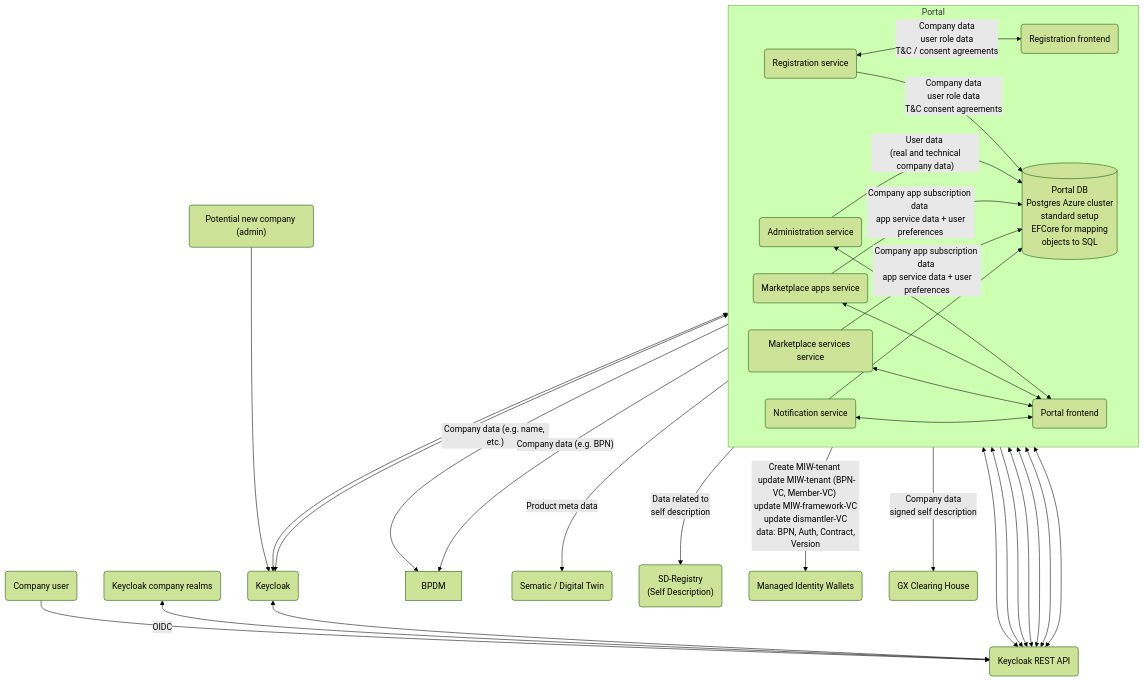
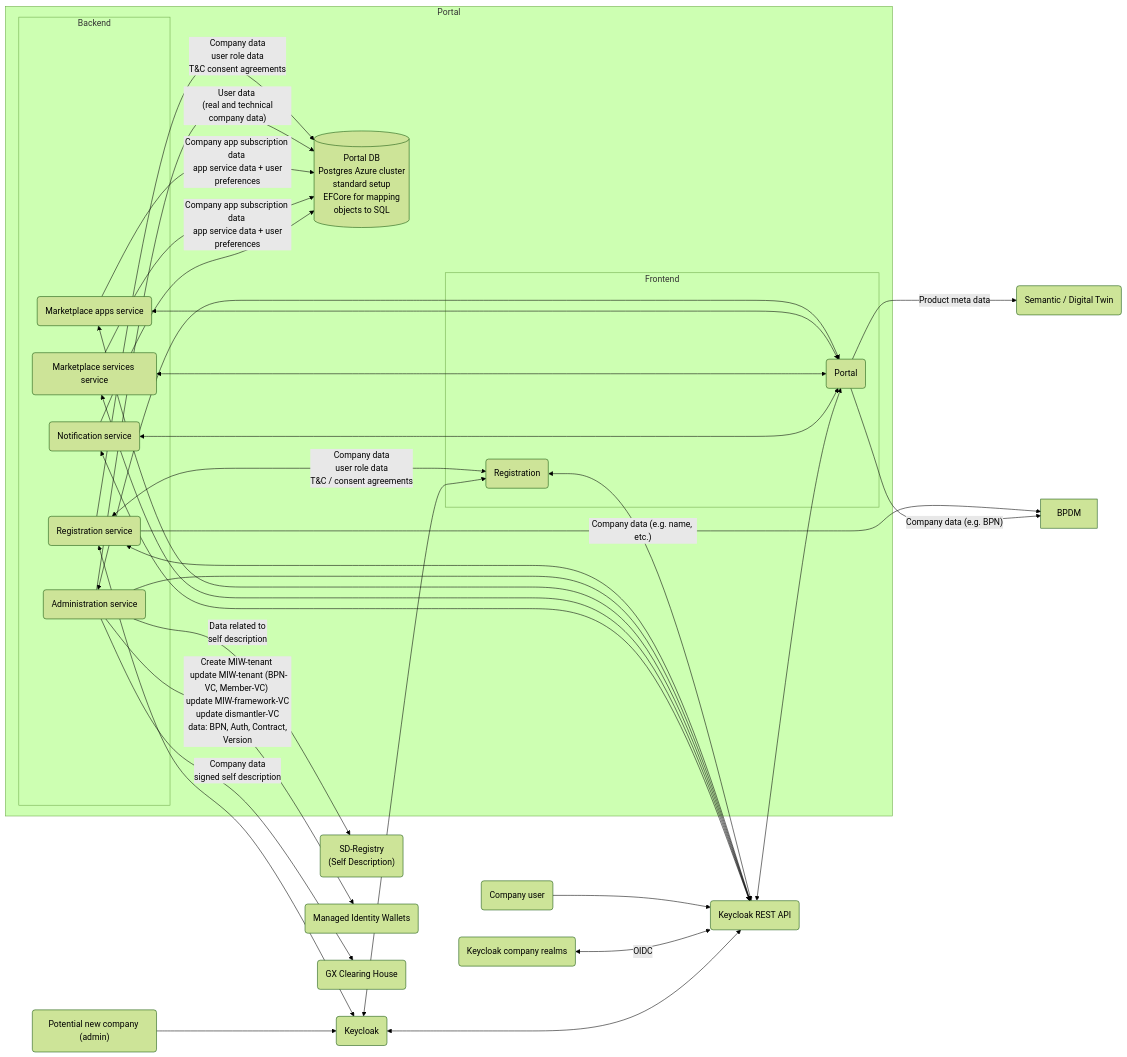
Before and after one commit to eclipse-tractusx/portal-assets: the diagram in developer/Technical Documentation/Architecture/Security-Assessment.md, drawn with Mermaid (forest theme).

Commit message:
docs(data-flow): improve diagram

````diff
--- a/developer/Technical Documentation/Architecture/Security-Assessment.md
+++ b/developer/Technical Documentation/Architecture/Security-Assessment.md
@@ -5,72 +5,82 @@
 ```mermaid
 %%{
   init: {
     'flowchart': { 'diagramPadding': '10', 'wrappingWidth': '', 'nodeSpacing': '', 'rankSpacing':'', 'titleTopMargin':'10', 'curve':'basis'},
   }
 }%%
-flowchart TD
+flowchart LR
+
+    RF("Registration")
+    PF("Portal")
+
+    RS(Registration service)
+    AS(Administration service)
+    MAS(Marketplace apps service)
+    MSS(Marketplace services service)
+    NS(Notification service)
+
+    BPDM
+    SDT(Semantic / Digital Twin)
+    SDR("SD-Registry \n (Self Description)")
+    MIW(Managed Identity Wallets)
     NC("Potential new company (admin)")
     CU(Company user)
 
     K(Keycloak)
     KAPI(Keycloak REST API)
     KCR(Keycloak company realms)
 
-    NC --> K
-    CU --> KAPI
-    KCR <-->|OIDC| KAPI
-
-    BPDM
-    SDT(Sematic / Digital Twin)
-    SDR("SD-Registry \n (Self Description)")
-    MIW(Managed Identity Wallets)
-
-    CH(GX Clearing House)
-
     subgraph Portal
-    direction LR
-    RF("Registration frontend")
-    PF("Portal frontend")
-
-    RS(Registration service)
-    AS(Administration service)
-    MAS(Marketplace apps service)
-    MSS(Marketplace services service)
-    NS(Notification service)
-
+        subgraph Frontend
+        RF
+        PF
+        end
+        subgraph Backend
+        RS
+        AS
+        MAS
+        MSS
+        NS
+        end
     PDB[(Portal DB \n Postgres Azure cluster \n standard setup \n EFCore for mapping \n objects to SQL)]
     end
-
-    K <--> RF
-    KAPI <--> PF
-    RF <--> KAPI
-    K <--> KAPI
-
+  
     RS <-->|Company data \n user role data \n T&C / consent agreements| RF
     RS <--> KAPI
     RS <--> K
     RS -->|Company data \n user role data \n T&C consent agreements| PDB
     RS -->|"Company data (e.g. name, etc.)"| BPDM
 
     AS --> KAPI
     AS <--> PF
     AS -->|"User data \n (real and technical company data)"| PDB
     AS -->|Data related to \n self description| SDR
     AS -->|"Create MIW-tenant \n update MIW-tenant (BPN-VC, Member-VC) \n update MIW-framework-VC \n update dismantler-VC \n data: BPN, Auth, Contract, Version"| MIW
     AS -->|Company data \n signed self description| CH
 
     MAS -->|Company app subscription data \n app service data + user preferences| PDB
     MAS <--> KAPI
     MAS <--> PF
 
     MSS <--> PF
     MSS <--> KAPI
     MSS -->|Company app subscription data \n app service data + user preferences| PDB
 
     NS -->PDB
     NS <--> PF
     NS <--> KAPI
 
     PF -->|Product meta data| SDT
     PF -->|"Company data (e.g. BPN)"| BPDM
+
+    NC --> K
+    CU --> KAPI
+    KCR <-->|OIDC| KAPI
+
+    CH(GX Clearing House)
+
+    K <--> RF
+    KAPI <--> PF
+    RF <--> KAPI
+    K <--> KAPI
 ```
````
